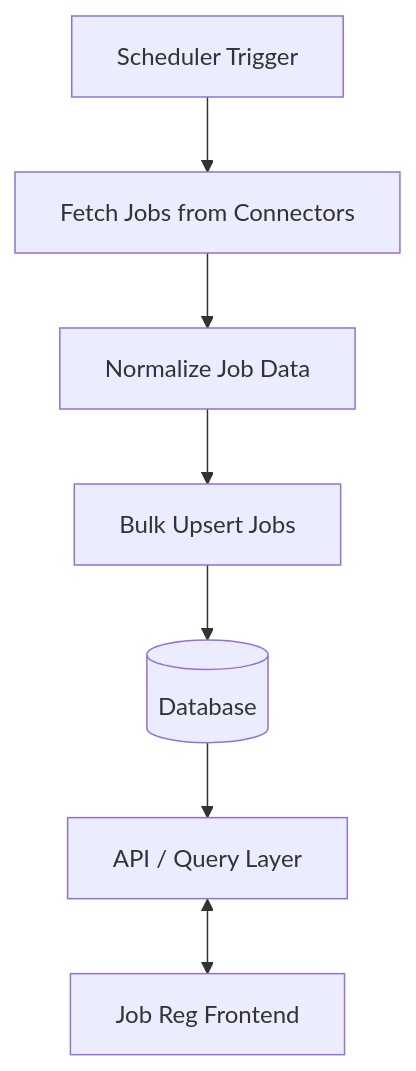
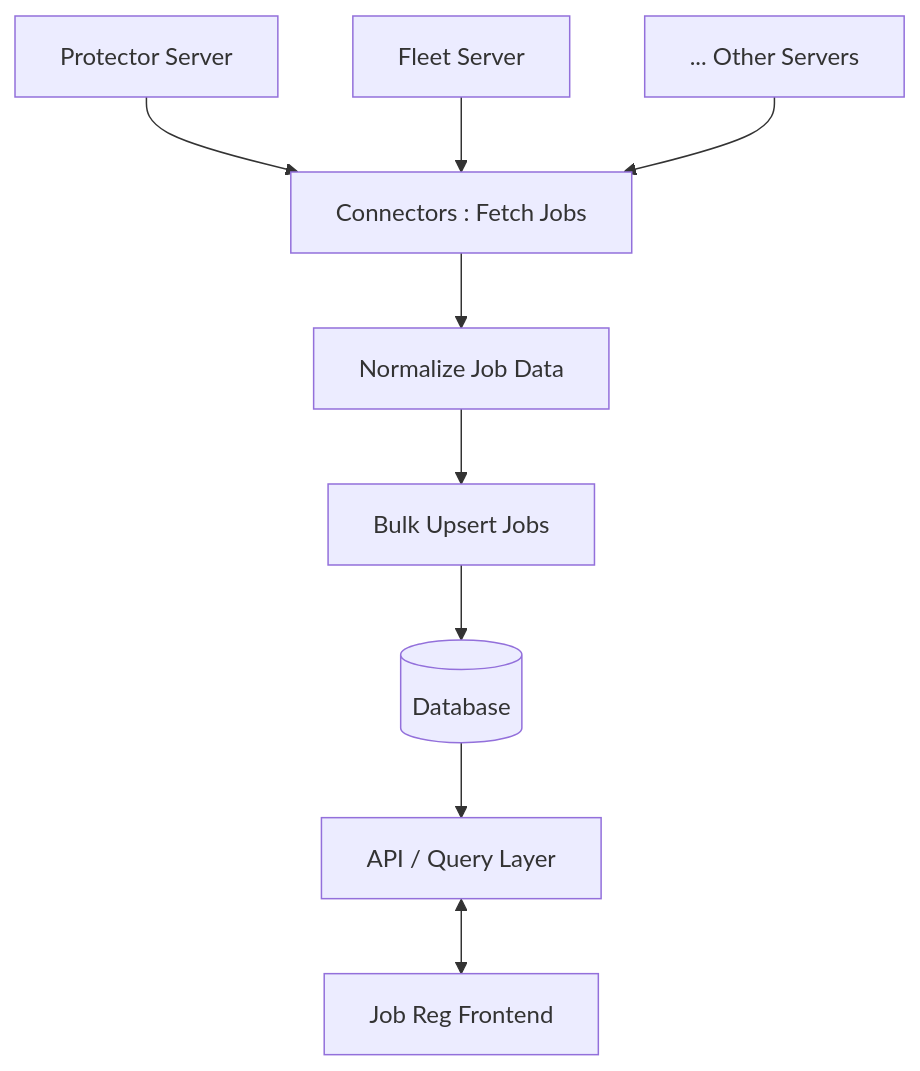
The diagram in architecture.md (kkkumbhar/Job-Registry), drawn with Mermaid before and after one commit.

Commit message:
Architecture file update

````diff
--- a/architecture.md
+++ b/architecture.md
@@ -5,9 +5,11 @@
 ```mermaid
 flowchart TD
-    A[Scheduler Trigger] --> B[Fetch Jobs from Connectors]
+    A[Protector Server] --> B[Fetch Jobs from Connectors]
+    A1[Fleet Server] --> B[Connectors : Fetch Jobs]
+    A2[... Other Servers] --> B[Connectors : Fetch Jobs]
     B --> C[Normalize Job Data]
     C --> D[Bulk Upsert Jobs]
     D --> E[(Database)]
     E --> F[API / Query Layer]
     F <--> G[Job Reg Frontend]
 ```
````
